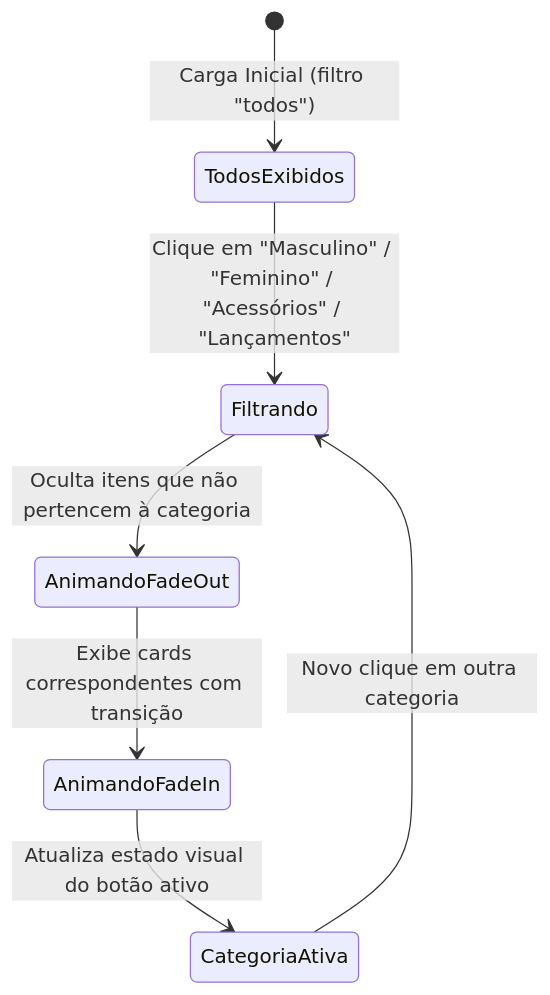
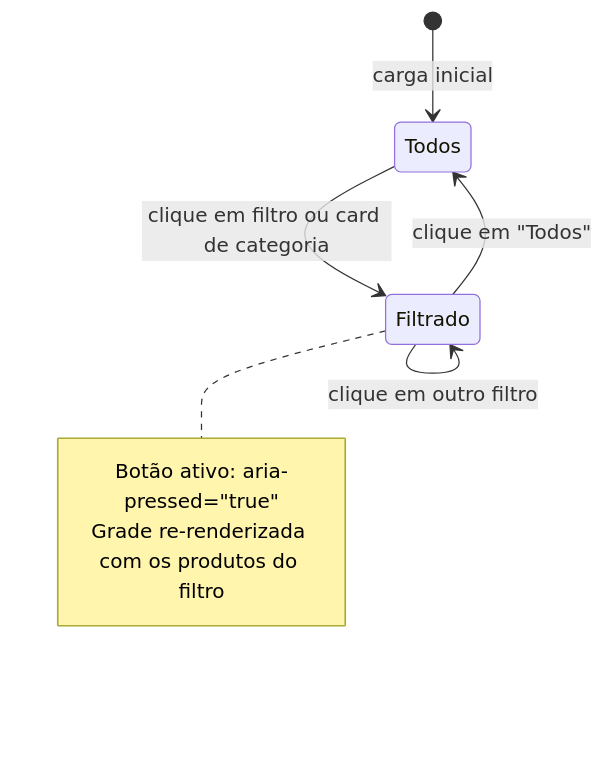
Before and after one commit to Pedrooliv12/fashion-landing-page: the first of 2 diagrams in specs/001-scorpion-landing-page/data-model.md, drawn with Mermaid. The commit also changed other lines of this file and 7 other files, not shown here.

````diff
--- a/specs/001-scorpion-landing-page/data-model.md
+++ b/specs/001-scorpion-landing-page/data-model.md
@@ -158,9 +89,11 @@
 ```mermaid
 stateDiagram-v2
-    [*] --> TodosExibidos: Carga Inicial (filtro "todos")
-    TodosExibidos --> Filtrando: Clique em "Masculino" / "Feminino" / "Acessórios" / "Lançamentos"
-    Filtrando --> AnimandoFadeOut: Oculta itens que não pertencem à categoria
-    AnimandoFadeOut --> AnimandoFadeIn: Exibe cards correspondentes com transição
-    AnimandoFadeIn --> CategoriaAtiva: Atualiza estado visual do botão ativo
-    CategoriaAtiva --> Filtrando: Novo clique em outra categoria
+    [*] --> Todos: carga inicial
+    Todos --> Filtrado: clique em filtro ou card de categoria
+    Filtrado --> Filtrado: clique em outro filtro
+    Filtrado --> Todos: clique em "Todos"
+    note right of Filtrado
+      Botão ativo: aria-pressed="true"
+      Grade re-renderizada com os produtos do filtro
+    end note
 ```
````
